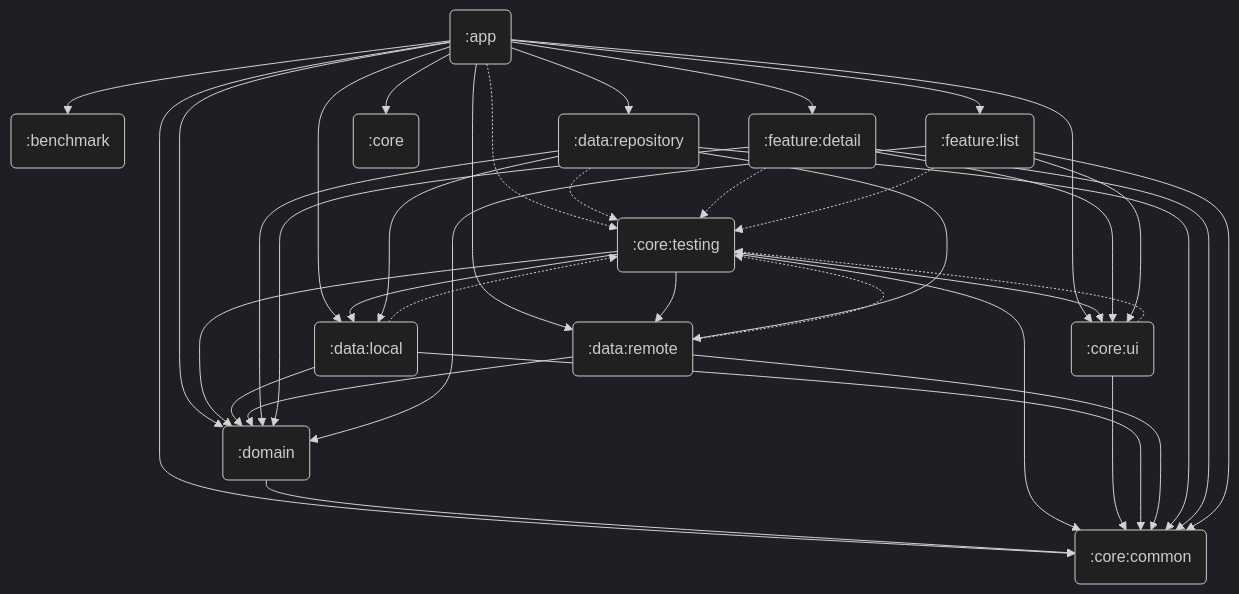
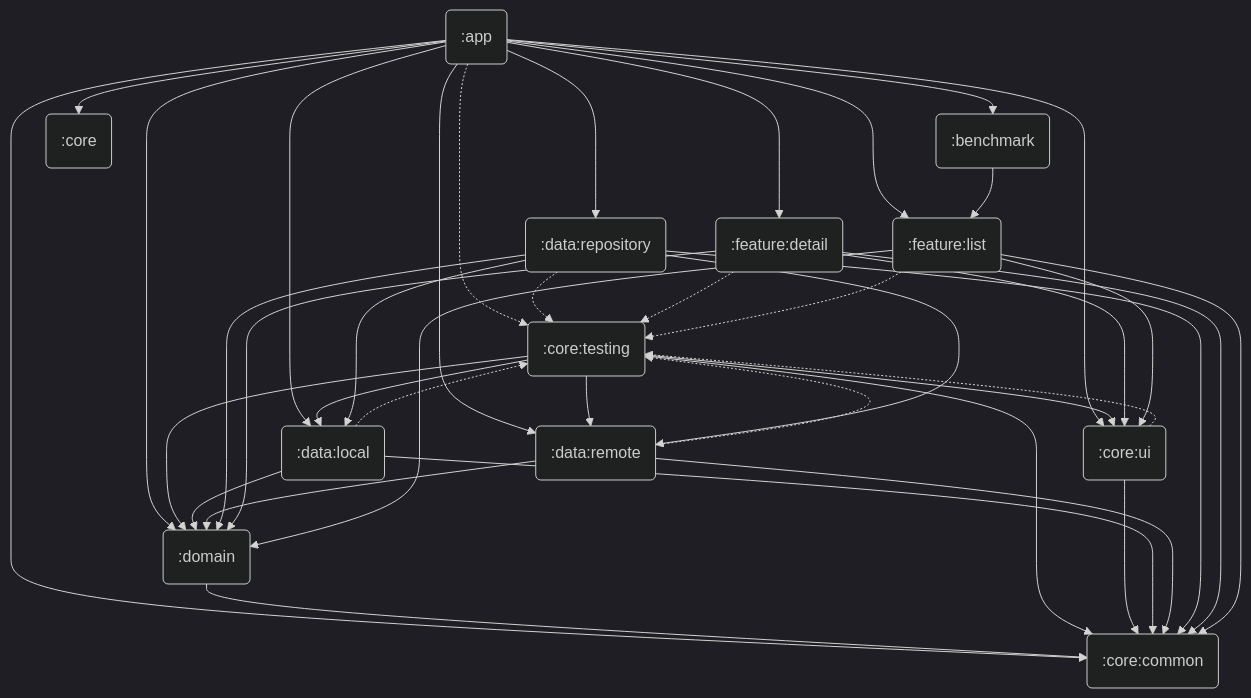
Before and after one commit to gustavoknz/Countries: the diagram in MODULE_GRAPH.md, drawn with Mermaid (dark theme).

Commit message:
Update MODULE_GRAPH.md file

````diff
--- a/MODULE_GRAPH.md
+++ b/MODULE_GRAPH.md
@@ -3,41 +3,42 @@
 ```mermaid
 graph TD
   _app(":app") -.-> _core_testing(":core:testing")
   _app(":app") --> _benchmark(":benchmark")
   _app(":app") --> _feature_detail(":feature:detail")
   _app(":app") --> _feature_list(":feature:list")
   _app(":app") --> _domain(":domain")
   _app(":app") --> _data_local(":data:local")
   _app(":app") --> _data_remote(":data:remote")
   _app(":app") --> _data_repository(":data:repository")
   _app(":app") --> _core_common(":core:common")
   _app(":app") --> _core_ui(":core:ui")
   _app(":app") --> _core(":core")
+  _benchmark(":benchmark") --> _feature_list(":feature:list")
   _domain(":domain") --> _core_common(":core:common")
   _core_testing(":core:testing") --> _domain(":domain")
   _core_testing(":core:testing") --> _data_remote(":data:remote")
   _core_testing(":core:testing") --> _data_local(":data:local")
   _core_testing(":core:testing") --> _core_common(":core:common")
   _core_testing(":core:testing") --> _core_ui(":core:ui")
   _core_ui(":core:ui") --> _core_common(":core:common")
   _core_ui(":core:ui") -.-> _core_testing(":core:testing")
   _data_local(":data:local") --> _domain(":domain")
   _data_local(":data:local") --> _core_common(":core:common")
   _data_local(":data:local") -.-> _core_testing(":core:testing")
   _data_remote(":data:remote") --> _domain(":domain")
   _data_remote(":data:remote") --> _core_common(":core:common")
   _data_remote(":data:remote") -.-> _core_testing(":core:testing")
   _data_repository(":data:repository") --> _domain(":domain")
   _data_repository(":data:repository") --> _data_local(":data:local")
   _data_repository(":data:repository") --> _data_remote(":data:remote")
   _data_repository(":data:repository") --> _core_common(":core:common")
   _data_repository(":data:repository") -.-> _core_testing(":core:testing")
   _feature_detail(":feature:detail") -.-> _core_testing(":core:testing")
   _feature_detail(":feature:detail") --> _domain(":domain")
   _feature_detail(":feature:detail") --> _core_ui(":core:ui")
   _feature_detail(":feature:detail") --> _core_common(":core:common")
   _feature_list(":feature:list") -.-> _core_testing(":core:testing")
   _feature_list(":feature:list") --> _domain(":domain")
   _feature_list(":feature:list") --> _core_common(":core:common")
   _feature_list(":feature:list") --> _core_ui(":core:ui")
 ```
````
